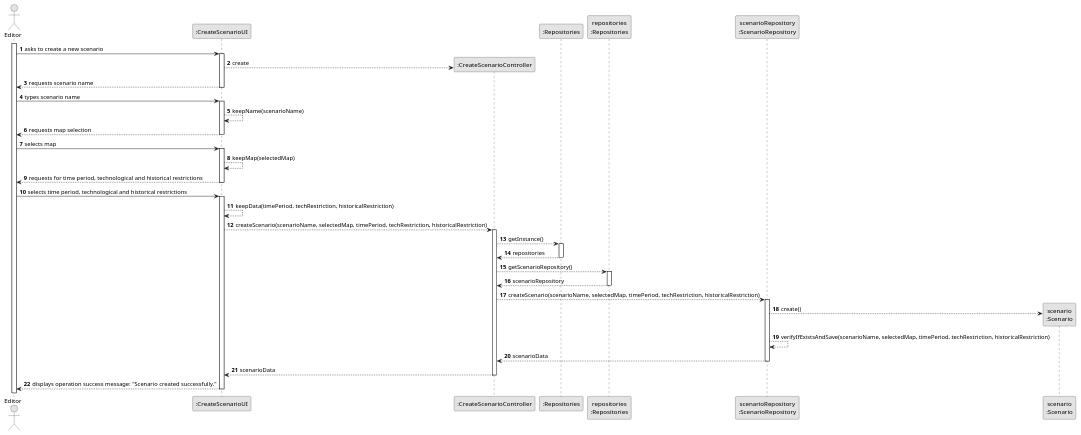
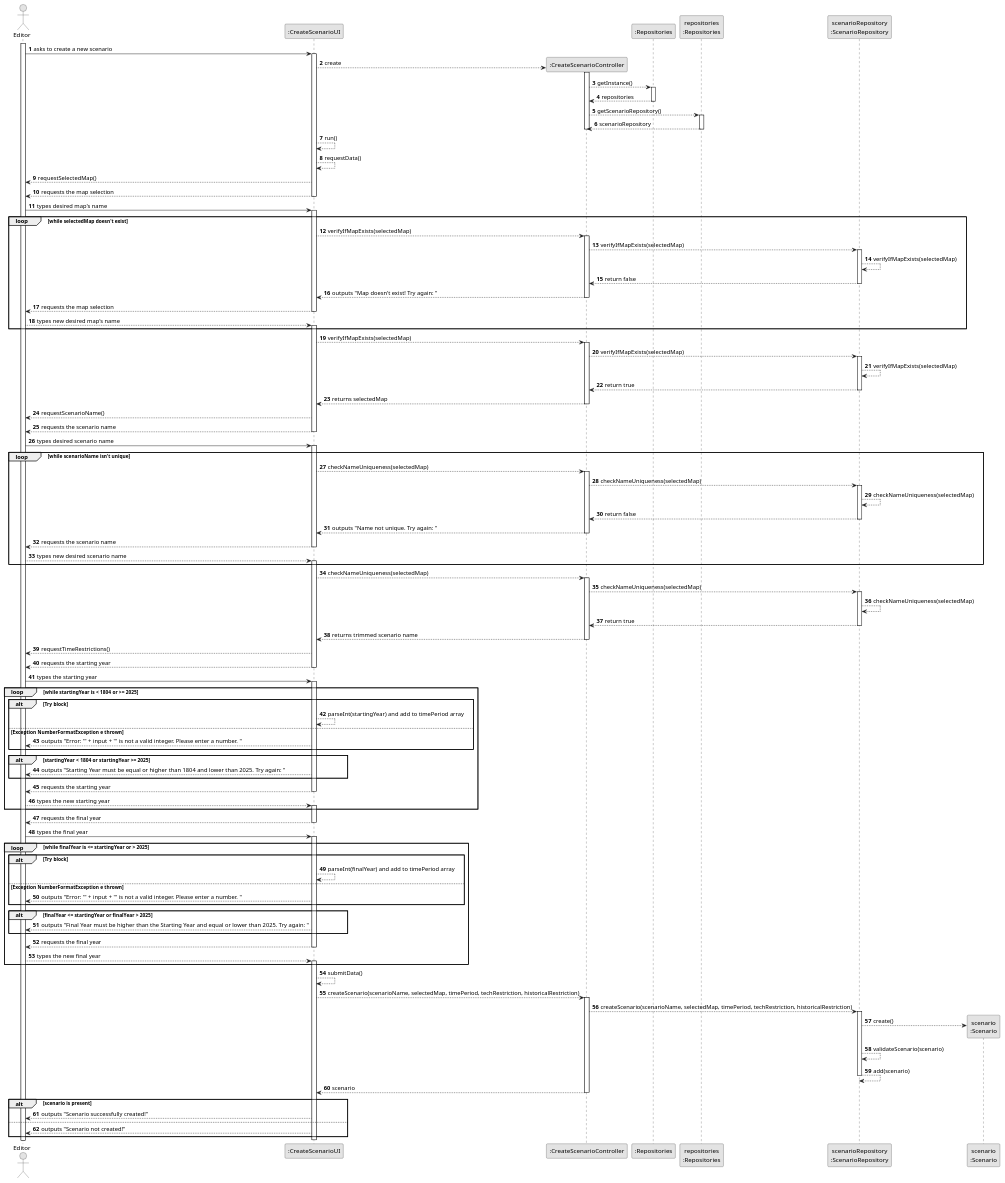
One commit to goncalolopesp/sem2-pi-24.25-g093-repo changed the diagram in docs/system-documentation/US004/03.design/puml/US004-SD.puml. Above: the diagram before and after it, drawn with PlantUML. The commit also changed 3 other files, not shown here.

```diff
--- a/docs/system-documentation/US004/03.design/puml/US004-SD.puml
+++ b/docs/system-documentation/US004/03.design/puml/US004-SD.puml
@@ -1,75 +1,195 @@
 @startuml
 skinparam monochrome true
 skinparam packageStyle rectangle
 skinparam shadowing false
 
 autonumber
 
 actor "Editor" as Employee
 participant ":CreateScenarioUI" as CreateScenarioUI
 
 
 activate Employee
 
 Employee -> CreateScenarioUI : asks to create a new scenario
 activate CreateScenarioUI
 
 create ":CreateScenarioController" as CreateScenarioController
-
 CreateScenarioUI --> CreateScenarioController : create
-CreateScenarioUI --> Employee : requests scenario name
-deactivate CreateScenarioUI
+activate CreateScenarioController
 
 participant ":Repositories" as Repositories
 participant "repositories\n:Repositories" as Repo
 participant "scenarioRepository\n:ScenarioRepository" as scenarioRepository
-
-Employee -> CreateScenarioUI : types scenario name
-activate CreateScenarioUI
-
-CreateScenarioUI --> CreateScenarioUI : keepName(scenarioName)
-CreateScenarioUI --> Employee : requests map selection
-deactivate CreateScenarioUI
-
-Employee -> CreateScenarioUI : selects map
-activate CreateScenarioUI
-
-CreateScenarioUI --> CreateScenarioUI : keepMap(selectedMap)
-CreateScenarioUI --> Employee : requests for time period, technological and historical restrictions
-deactivate CreateScenarioUI
-
-Employee -> CreateScenarioUI : selects time period, technological and historical restrictions
-activate CreateScenarioUI
-
-CreateScenarioUI --> CreateScenarioUI : keepData(timePeriod, techRestriction, historicalRestriction)
-CreateScenarioUI --> CreateScenarioController : createScenario(scenarioName, selectedMap, timePeriod, techRestriction, historicalRestriction)
-activate CreateScenarioController
 
 CreateScenarioController --> Repositories : getInstance()
 activate Repositories
 
 Repositories --> CreateScenarioController : repositories
 deactivate Repositories
 
 CreateScenarioController --> Repo : getScenarioRepository()
 activate Repo
 
 Repo --> CreateScenarioController : scenarioRepository
 deactivate Repo
-
-CreateScenarioController --> scenarioRepository : createScenario(scenarioName, selectedMap, timePeriod, techRestriction, historicalRestriction)
-activate scenarioRepository
-
-create "scenario\n:Scenario" as Scenario
-
-scenarioRepository --> Scenario : create()
-scenarioRepository --> scenarioRepository : verifyIfExistsAndSave(scenarioName, selectedMap, timePeriod, techRestriction, historicalRestriction)
-scenarioRepository --> CreateScenarioController : scenarioData
-deactivate scenarioRepository
-
-CreateScenarioController --> CreateScenarioUI : scenarioData
 deactivate CreateScenarioController
 
-CreateScenarioUI --> Employee : displays operation success message: "Scenario created successfully."
+CreateScenarioUI --> CreateScenarioUI: run()
+CreateScenarioUI --> CreateScenarioUI : requestData()
+
+    CreateScenarioUI --> Employee : requestSelectedMap()
+    CreateScenarioUI --> Employee : requests the map selection
+    deactivate CreateScenarioUI
+
+    Employee -> CreateScenarioUI : types desired map's name
+    activate CreateScenarioUI
+
+    loop while selectedMap doesn't exist
+        CreateScenarioUI --> CreateScenarioController : verifyIfMapExists(selectedMap)
+        activate CreateScenarioController
+
+        CreateScenarioController --> scenarioRepository  : verifyIfMapExists(selectedMap)
+        activate scenarioRepository
+
+        scenarioRepository --> scenarioRepository : verifyIfMapExists(selectedMap)
+        scenarioRepository --> CreateScenarioController : return false
+        deactivate scenarioRepository
+
+        CreateScenarioController --> CreateScenarioUI : outputs "Map doesn't exist! Try again: "
+        deactivate CreateScenarioController
+
+        CreateScenarioUI --> Employee : requests the map selection
+        deactivate CreateScenarioUI
+
+        Employee --> CreateScenarioUI : types new desired map's name
+        activate CreateScenarioUI
+    end
+
+    CreateScenarioUI --> CreateScenarioController : verifyIfMapExists(selectedMap)
+    activate CreateScenarioController
+
+    CreateScenarioController --> scenarioRepository  : verifyIfMapExists(selectedMap)
+    activate scenarioRepository
+
+    scenarioRepository --> scenarioRepository : verifyIfMapExists(selectedMap)
+    scenarioRepository --> CreateScenarioController : return true
+    deactivate scenarioRepository
+
+    CreateScenarioController --> CreateScenarioUI : returns selectedMap
+    deactivate CreateScenarioController
+
+    CreateScenarioUI --> Employee : requestScenarioName()
+    CreateScenarioUI --> Employee : requests the scenario name
+    deactivate CreateScenarioUI
+
+    Employee -> CreateScenarioUI : types desired scenario name
+    activate CreateScenarioUI
+
+    loop while scenarioName isn't unique
+        CreateScenarioUI --> CreateScenarioController : checkNameUniqueness(selectedMap)
+        activate CreateScenarioController
+
+        CreateScenarioController --> scenarioRepository  : checkNameUniqueness(selectedMap)
+        activate scenarioRepository
+
+        scenarioRepository --> scenarioRepository : checkNameUniqueness(selectedMap)
+        scenarioRepository --> CreateScenarioController : return false
+        deactivate scenarioRepository
+
+        CreateScenarioController --> CreateScenarioUI : outputs "Name not unique. Try again: "
+        deactivate CreateScenarioController
+
+        CreateScenarioUI --> Employee : requests the scenario name
+        deactivate CreateScenarioUI
+
+        Employee --> CreateScenarioUI : types new desired scenario name
+        activate CreateScenarioUI
+    end
+
+    CreateScenarioUI --> CreateScenarioController : checkNameUniqueness(selectedMap)
+    activate CreateScenarioController
+
+    CreateScenarioController --> scenarioRepository  : checkNameUniqueness(selectedMap)
+    activate scenarioRepository
+
+    scenarioRepository --> scenarioRepository : checkNameUniqueness(selectedMap)
+    scenarioRepository --> CreateScenarioController : return true
+    deactivate scenarioRepository
+
+    CreateScenarioController --> CreateScenarioUI : returns trimmed scenario name
+    deactivate CreateScenarioController
+
+    CreateScenarioUI --> Employee : requestTimeRestrictions()
+    CreateScenarioUI --> Employee : requests the starting year
+    deactivate CreateScenarioUI
+
+    Employee -> CreateScenarioUI : types the starting year
+    activate CreateScenarioUI
+
+    loop while startingYear is < 1804 or >= 2025
+        alt Try block
+            CreateScenarioUI --> CreateScenarioUI : parseInt(startingYear) and add to timePeriod array
+        else Exception NumberFormatException e thrown
+            CreateScenarioUI --> Employee : outputs "Error: '" + input + "' is not a valid integer. Please enter a number. "
+        end
+
+        alt startingYear < 1804 or startingYear >= 2025
+            CreateScenarioUI --> Employee : outputs "Starting Year must be equal or higher than 1804 and lower than 2025. Try again: "
+        end
+
+        CreateScenarioUI --> Employee : requests the starting year
+        deactivate CreateScenarioUI
+
+        Employee --> CreateScenarioUI : types the new starting year
+        activate CreateScenarioUI
+    end
+
+    CreateScenarioUI --> Employee : requests the final year
+    deactivate CreateScenarioUI
+
+    Employee -> CreateScenarioUI : types the final year
+    activate CreateScenarioUI
+
+    loop while finalYear is <= startingYear or > 2025
+        alt Try block
+            CreateScenarioUI --> CreateScenarioUI : parseInt(finalYear) and add to timePeriod array
+        else Exception NumberFormatException e thrown
+            CreateScenarioUI --> Employee : outputs "Error: '" + input + "' is not a valid integer. Please enter a number. "
+        end
+
+        alt finalYear <= startingYear or finalYear > 2025
+            CreateScenarioUI --> Employee : outputs "Final Year must be higher than the Starting Year and equal or lower than 2025. Try again: "
+        end
+
+        CreateScenarioUI --> Employee : requests the final year
+        deactivate CreateScenarioUI
+
+        Employee --> CreateScenarioUI : types the new final year
+        activate CreateScenarioUI
+    end
+
+CreateScenarioUI --> CreateScenarioUI : submitData()
+    CreateScenarioUI --> CreateScenarioController : createScenario(scenarioName, selectedMap, timePeriod, techRestriction, historicalRestriction)
+    activate CreateScenarioController
+
+    CreateScenarioController --> scenarioRepository : createScenario(scenarioName, selectedMap, timePeriod, techRestriction, historicalRestriction)
+    activate scenarioRepository
+
+    create "scenario\n:Scenario" as Scenario
+
+    scenarioRepository --> Scenario : create()
+    scenarioRepository --> scenarioRepository : validateScenario(scenario)
+    scenarioRepository --> scenarioRepository : add(scenario)
+    deactivate scenarioRepository
+
+    CreateScenarioController --> CreateScenarioUI : scenario
+    deactivate CreateScenarioController
+
+    alt scenario is present
+        CreateScenarioUI --> Employee : outputs "Scenario successfully created!"
+    else
+        CreateScenarioUI --> Employee : outputs "Scenario not created!"
+    end
 deactivate CreateScenarioUI
 @enduml
```
